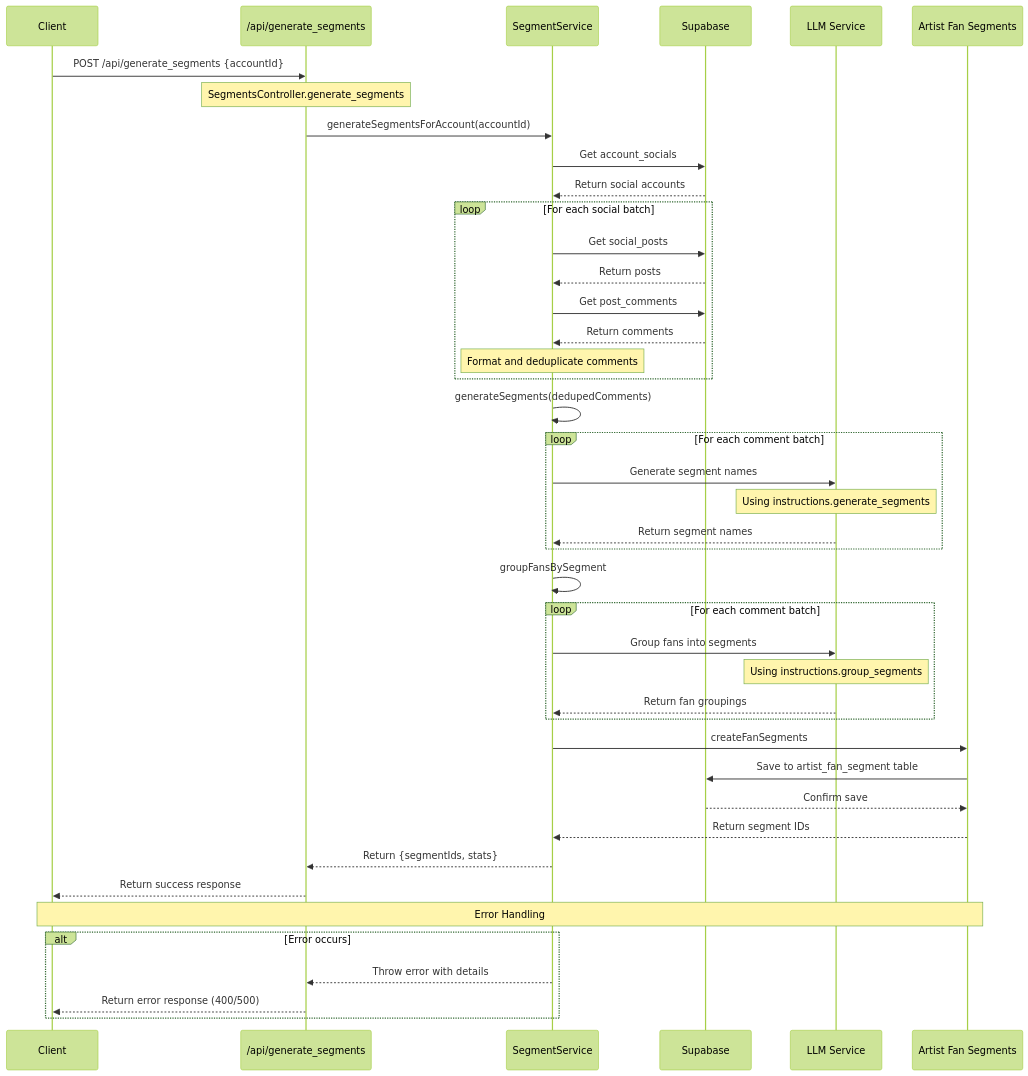
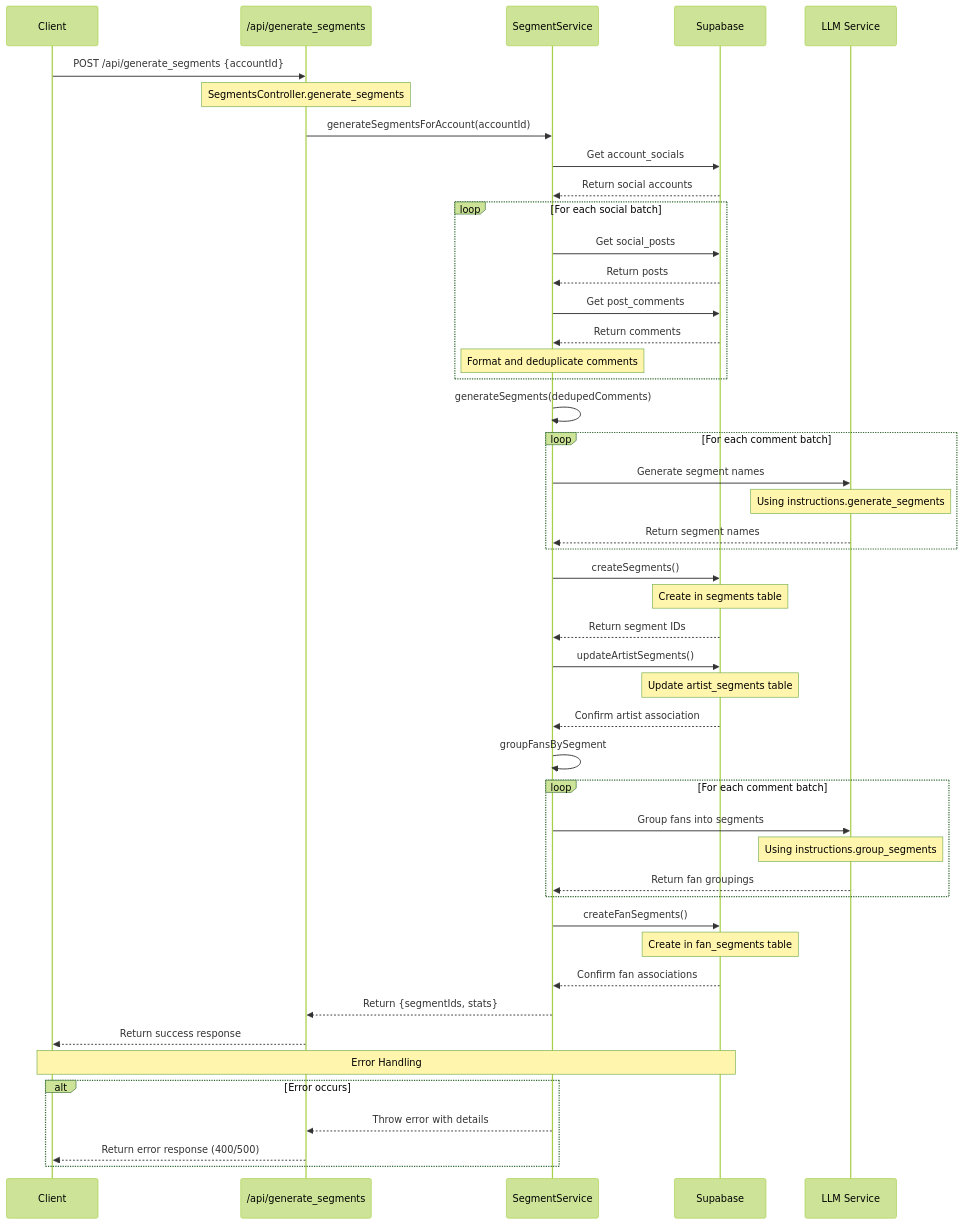
Before and after one commit to Recoupable-com/Recoup-Agent-APIs: the diagram in docs/mermaid/segment-name-generation.mermaid, drawn with Mermaid (forest theme). The commit also changed 3 other files, not shown here.

```diff
--- a/docs/mermaid/segment-name-generation.mermaid
+++ b/docs/mermaid/segment-name-generation.mermaid
@@ -1,55 +1,61 @@
 sequenceDiagram
     participant Client
     participant API as /api/generate_segments
     participant Service as SegmentService
     participant DB as Supabase
     participant LLM as LLM Service
-    participant Storage as Artist Fan Segments
 
     Client->>API: POST /api/generate_segments {accountId}
     Note over API: SegmentsController.generate_segments
 
     API->>Service: generateSegmentsForAccount(accountId)
     
     Service->>DB: Get account_socials
     DB-->>Service: Return social accounts
 
     loop For each social batch
         Service->>DB: Get social_posts
         DB-->>Service: Return posts
         
         Service->>DB: Get post_comments
         DB-->>Service: Return comments
         
         Note over Service: Format and deduplicate comments
     end
 
     Service->>Service: generateSegments(dedupedComments)
     
     loop For each comment batch
         Service->>LLM: Generate segment names
         Note over LLM: Using instructions.generate_segments
         LLM-->>Service: Return segment names
     end
 
+    Service->>DB: createSegments()
+    Note over DB: Create in segments table
+    DB-->>Service: Return segment IDs
+
+    Service->>DB: updateArtistSegments()
+    Note over DB: Update artist_segments table
+    DB-->>Service: Confirm artist association
+
     Service->>Service: groupFansBySegment
     
     loop For each comment batch
         Service->>LLM: Group fans into segments
         Note over LLM: Using instructions.group_segments
         LLM-->>Service: Return fan groupings
     end
 
-    Service->>Storage: createFanSegments
-    Storage->>DB: Save to artist_fan_segment table
-    DB-->>Storage: Confirm save
-    Storage-->>Service: Return segment IDs
+    Service->>DB: createFanSegments()
+    Note over DB: Create in fan_segments table
+    DB-->>Service: Confirm fan associations
 
     Service-->>API: Return {segmentIds, stats}
     API-->>Client: Return success response
 
-    Note over Client,Storage: Error Handling
+    Note over Client,DB: Error Handling
     alt Error occurs
         Service-->>API: Throw error with details
         API-->>Client: Return error response (400/500)
     end
```
